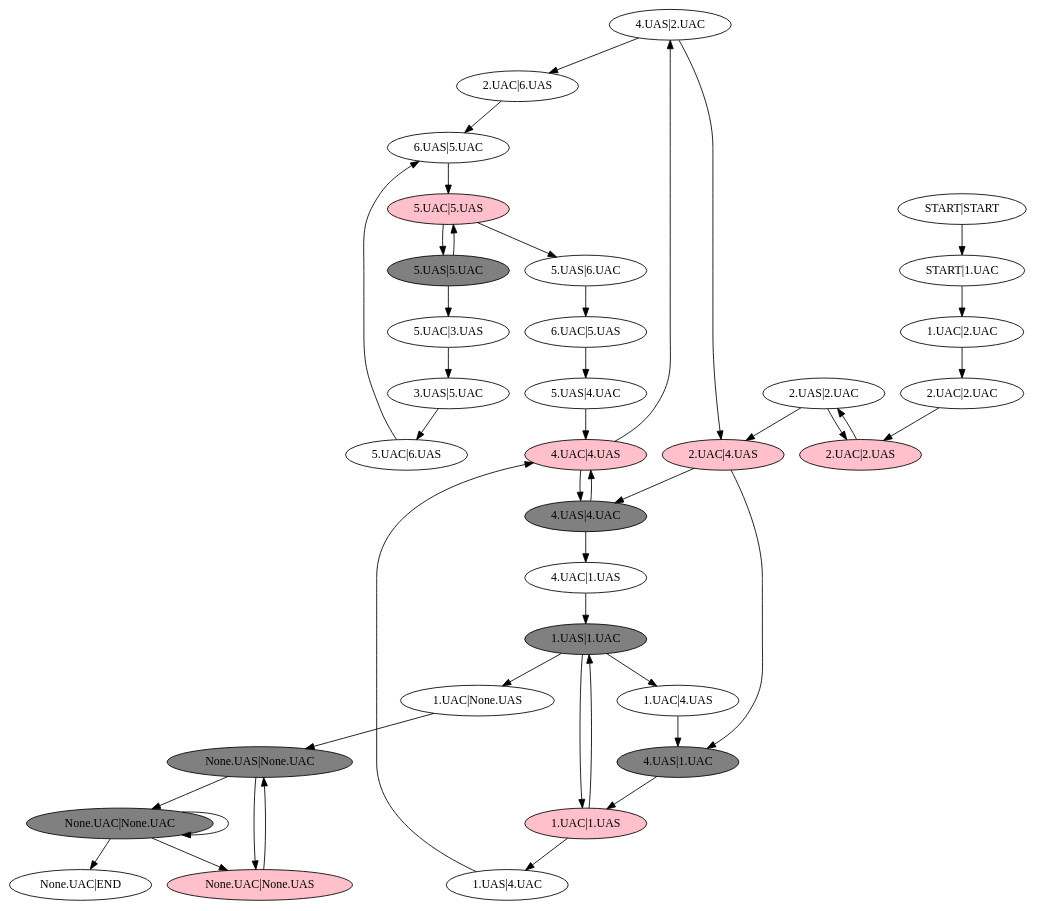
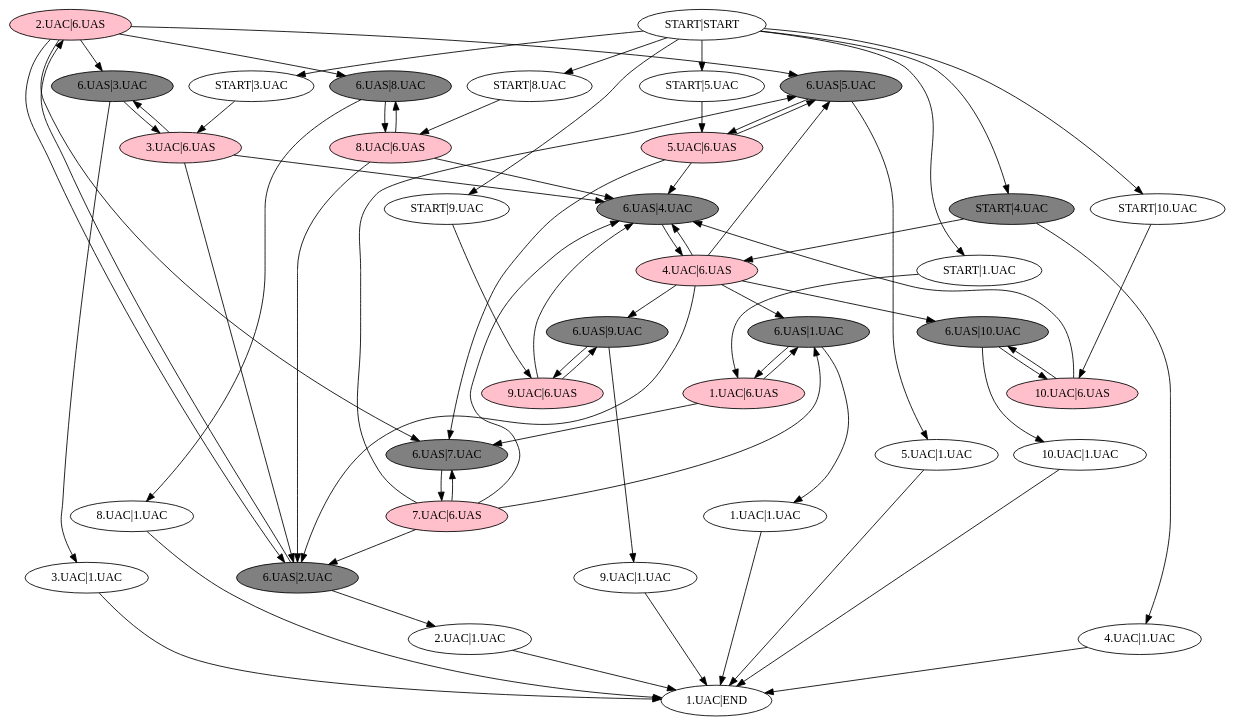
One commit to hgascon/pulsar changed the diagram in models/itunes-xbmc/itunes-xbmc.dot. Above: the diagram before and after it, drawn with Graphviz. The commit also changed 12 other files, not shown here.

```diff
--- a/models/itunes-xbmc/itunes-xbmc.dot
+++ b/models/itunes-xbmc/itunes-xbmc.dot
@@ -1,69 +1,110 @@
 strict digraph  {
-	"4.UAS|2.UAC" -> "2.UAC|6.UAS";
-	"2.UAC|4.UAS"	 [fillcolor=pink,
+	"2.UAC|6.UAS"	 [fillcolor=pink,
 		style=filled];
-	"4.UAS|2.UAC" -> "2.UAC|4.UAS";
+	"6.UAS|5.UAC"	 [fillcolor=grey,
+		style=filled];
 	"2.UAC|6.UAS" -> "6.UAS|5.UAC";
-	"4.UAC|4.UAS"	 [fillcolor=pink,
+	"6.UAS|3.UAC"	 [fillcolor=grey,
 		style=filled];
-	"1.UAS|4.UAC" -> "4.UAC|4.UAS";
-	"2.UAC|2.UAS"	 [fillcolor=pink,
+	"2.UAC|6.UAS" -> "6.UAS|3.UAC";
+	"6.UAS|2.UAC"	 [fillcolor=grey,
 		style=filled];
-	"2.UAC|2.UAS" -> "2.UAS|2.UAC";
-	"None.UAC|None.UAS"	 [fillcolor=pink,
+	"2.UAC|6.UAS" -> "6.UAS|2.UAC";
+	"6.UAS|8.UAC"	 [fillcolor=grey,
 		style=filled];
-	"None.UAS|None.UAC"	 [fillcolor=grey,
+	"2.UAC|6.UAS" -> "6.UAS|8.UAC";
+	"6.UAS|7.UAC"	 [fillcolor=grey,
 		style=filled];
-	"None.UAC|None.UAS" -> "None.UAS|None.UAC";
-	"None.UAC|None.UAC"	 [fillcolor=grey,
+	"2.UAC|6.UAS" -> "6.UAS|7.UAC";
+	"2.UAC|1.UAC" -> "1.UAC|END";
+	"6.UAS|4.UAC"	 [fillcolor=grey,
 		style=filled];
-	"None.UAC|None.UAC" -> "None.UAC|None.UAS";
-	"None.UAC|None.UAC" -> "None.UAC|None.UAC";
-	"None.UAC|None.UAC" -> "None.UAC|END";
-	"4.UAS|1.UAC"	 [fillcolor=grey,
+	"4.UAC|6.UAS"	 [fillcolor=pink,
 		style=filled];
-	"1.UAC|1.UAS"	 [fillcolor=pink,
+	"6.UAS|4.UAC" -> "4.UAC|6.UAS";
+	"10.UAC|6.UAS"	 [fillcolor=pink,
 		style=filled];
-	"4.UAS|1.UAC" -> "1.UAC|1.UAS";
-	"2.UAC|2.UAC" -> "2.UAC|2.UAS";
-	"1.UAS|1.UAC"	 [fillcolor=grey,
+	"START|10.UAC" -> "10.UAC|6.UAS";
+	"10.UAC|6.UAS" -> "6.UAS|4.UAC";
+	"6.UAS|10.UAC"	 [fillcolor=grey,
 		style=filled];
-	"1.UAS|1.UAC" -> "1.UAC|4.UAS";
-	"1.UAS|1.UAC" -> "1.UAC|None.UAS";
-	"1.UAS|1.UAC" -> "1.UAC|1.UAS";
-	"1.UAC|4.UAS" -> "4.UAS|1.UAC";
-	"1.UAC|None.UAS" -> "None.UAS|None.UAC";
-	"5.UAS|4.UAC" -> "4.UAC|4.UAS";
-	"4.UAC|4.UAS" -> "4.UAS|2.UAC";
-	"4.UAS|4.UAC"	 [fillcolor=grey,
+	"10.UAC|6.UAS" -> "6.UAS|10.UAC";
+	"5.UAC|1.UAC" -> "1.UAC|END";
+	"START|4.UAC"	 [fillcolor=grey,
 		style=filled];
-	"4.UAC|4.UAS" -> "4.UAS|4.UAC";
-	"5.UAS|6.UAC" -> "6.UAC|5.UAS";
-	"4.UAC|1.UAS" -> "1.UAS|1.UAC";
-	"5.UAC|5.UAS"	 [fillcolor=pink,
+	"START|4.UAC" -> "4.UAC|6.UAS";
+	"START|4.UAC" -> "4.UAC|1.UAC";
+	"6.UAS|9.UAC"	 [fillcolor=grey,
 		style=filled];
-	"5.UAC|5.UAS" -> "5.UAS|6.UAC";
-	"5.UAS|5.UAC"	 [fillcolor=grey,
+	"9.UAC|6.UAS"	 [fillcolor=pink,
 		style=filled];
-	"5.UAC|5.UAS" -> "5.UAS|5.UAC";
-	"START|1.UAC" -> "1.UAC|2.UAC";
-	"1.UAC|1.UAS" -> "1.UAS|4.UAC";
-	"1.UAC|1.UAS" -> "1.UAS|1.UAC";
-	"1.UAC|2.UAC" -> "2.UAC|2.UAC";
-	"2.UAS|2.UAC" -> "2.UAC|2.UAS";
-	"2.UAS|2.UAC" -> "2.UAC|4.UAS";
-	"6.UAC|5.UAS" -> "5.UAS|4.UAC";
-	"4.UAS|4.UAC" -> "4.UAC|4.UAS";
-	"4.UAS|4.UAC" -> "4.UAC|1.UAS";
+	"6.UAS|9.UAC" -> "9.UAC|6.UAS";
+	"6.UAS|9.UAC" -> "9.UAC|1.UAC";
+	"9.UAC|6.UAS" -> "6.UAS|4.UAC";
+	"9.UAC|6.UAS" -> "6.UAS|9.UAC";
+	"6.UAS|3.UAC" -> "3.UAC|1.UAC";
+	"3.UAC|6.UAS"	 [fillcolor=pink,
+		style=filled];
+	"6.UAS|3.UAC" -> "3.UAC|6.UAS";
+	"8.UAC|6.UAS"	 [fillcolor=pink,
+		style=filled];
+	"6.UAS|8.UAC" -> "8.UAC|6.UAS";
+	"6.UAS|8.UAC" -> "8.UAC|1.UAC";
+	"4.UAC|6.UAS" -> "6.UAS|10.UAC";
+	"6.UAS|1.UAC"	 [fillcolor=grey,
+		style=filled];
+	"4.UAC|6.UAS" -> "6.UAS|1.UAC";
+	"4.UAC|6.UAS" -> "6.UAS|5.UAC";
+	"4.UAC|6.UAS" -> "6.UAS|4.UAC";
+	"4.UAC|6.UAS" -> "6.UAS|2.UAC";
+	"4.UAC|6.UAS" -> "6.UAS|9.UAC";
+	"7.UAC|6.UAS"	 [fillcolor=pink,
+		style=filled];
+	"7.UAC|6.UAS" -> "6.UAS|5.UAC";
+	"7.UAC|6.UAS" -> "6.UAS|4.UAC";
+	"7.UAC|6.UAS" -> "6.UAS|2.UAC";
+	"7.UAC|6.UAS" -> "6.UAS|1.UAC";
+	"7.UAC|6.UAS" -> "6.UAS|7.UAC";
+	"5.UAC|6.UAS"	 [fillcolor=pink,
+		style=filled];
+	"START|5.UAC" -> "5.UAC|6.UAS";
+	"START|8.UAC" -> "8.UAC|6.UAS";
+	"START|3.UAC" -> "3.UAC|6.UAS";
+	"1.UAC|6.UAS"	 [fillcolor=pink,
+		style=filled];
+	"START|1.UAC" -> "1.UAC|6.UAS";
+	"4.UAC|1.UAC" -> "1.UAC|END";
+	"6.UAS|10.UAC" -> "10.UAC|6.UAS";
+	"6.UAS|10.UAC" -> "10.UAC|1.UAC";
 	"5.UAC|6.UAS" -> "6.UAS|5.UAC";
-	"3.UAS|5.UAC" -> "5.UAC|6.UAS";
+	"5.UAC|6.UAS" -> "6.UAS|4.UAC";
+	"5.UAC|6.UAS" -> "6.UAS|7.UAC";
+	"1.UAC|1.UAC" -> "1.UAC|END";
+	"6.UAS|7.UAC" -> "7.UAC|6.UAS";
+	"1.UAC|6.UAS" -> "6.UAS|1.UAC";
+	"1.UAC|6.UAS" -> "6.UAS|7.UAC";
+	"9.UAC|1.UAC" -> "1.UAC|END";
+	"START|START" -> "START|9.UAC";
+	"START|START" -> "START|10.UAC";
+	"START|START" -> "START|4.UAC";
+	"START|START" -> "START|5.UAC";
+	"START|START" -> "START|8.UAC";
+	"START|START" -> "START|3.UAC";
 	"START|START" -> "START|1.UAC";
-	"5.UAS|5.UAC" -> "5.UAC|5.UAS";
-	"5.UAS|5.UAC" -> "5.UAC|3.UAS";
-	"2.UAC|4.UAS" -> "4.UAS|1.UAC";
-	"2.UAC|4.UAS" -> "4.UAS|4.UAC";
-	"6.UAS|5.UAC" -> "5.UAC|5.UAS";
-	"5.UAC|3.UAS" -> "3.UAS|5.UAC";
-	"None.UAS|None.UAC" -> "None.UAC|None.UAS";
-	"None.UAS|None.UAC" -> "None.UAC|None.UAC";
+	"8.UAC|6.UAS" -> "6.UAS|4.UAC";
+	"8.UAC|6.UAS" -> "6.UAS|2.UAC";
+	"8.UAC|6.UAS" -> "6.UAS|8.UAC";
+	"6.UAS|1.UAC" -> "1.UAC|6.UAS";
+	"6.UAS|1.UAC" -> "1.UAC|1.UAC";
+	"START|9.UAC" -> "9.UAC|6.UAS";
+	"10.UAC|1.UAC" -> "1.UAC|END";
+	"6.UAS|5.UAC" -> "5.UAC|6.UAS";
+	"6.UAS|5.UAC" -> "5.UAC|1.UAC";
+	"8.UAC|1.UAC" -> "1.UAC|END";
+	"3.UAC|1.UAC" -> "1.UAC|END";
+	"6.UAS|2.UAC" -> "2.UAC|1.UAC";
+	"6.UAS|2.UAC" -> "2.UAC|6.UAS";
+	"3.UAC|6.UAS" -> "6.UAS|4.UAC";
+	"3.UAC|6.UAS" -> "6.UAS|3.UAC";
+	"3.UAC|6.UAS" -> "6.UAS|2.UAC";
 }
```
